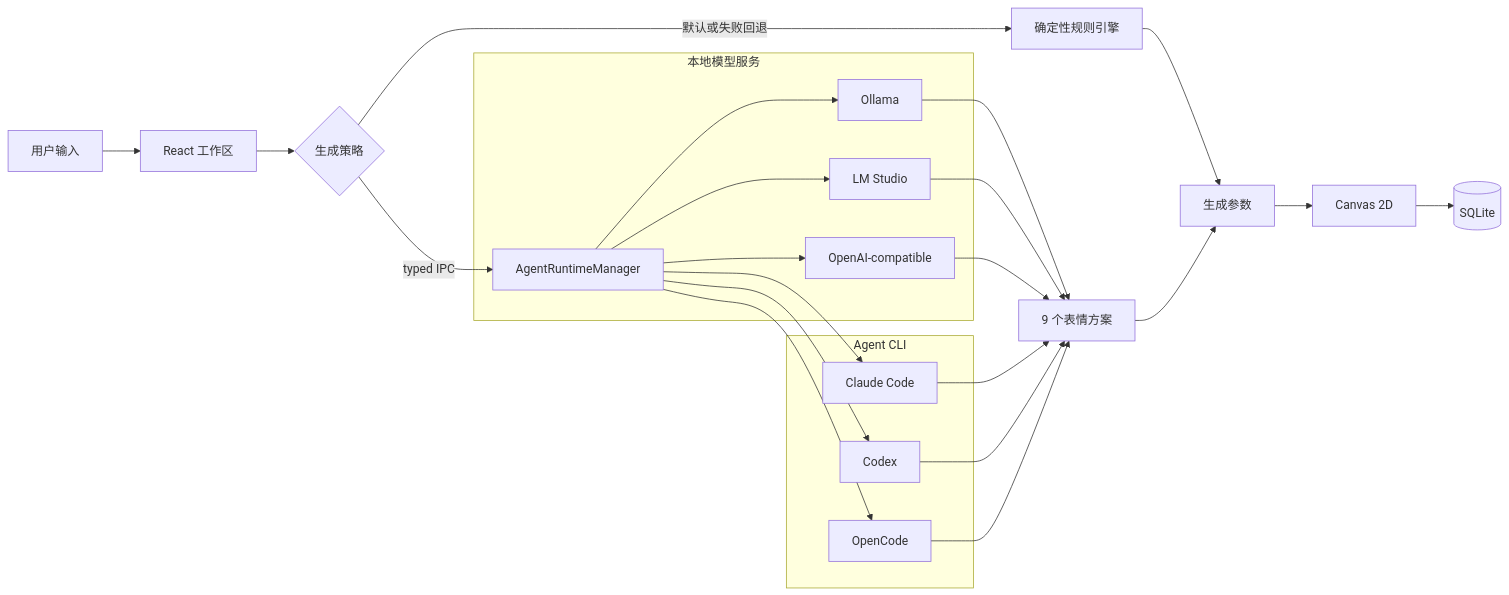
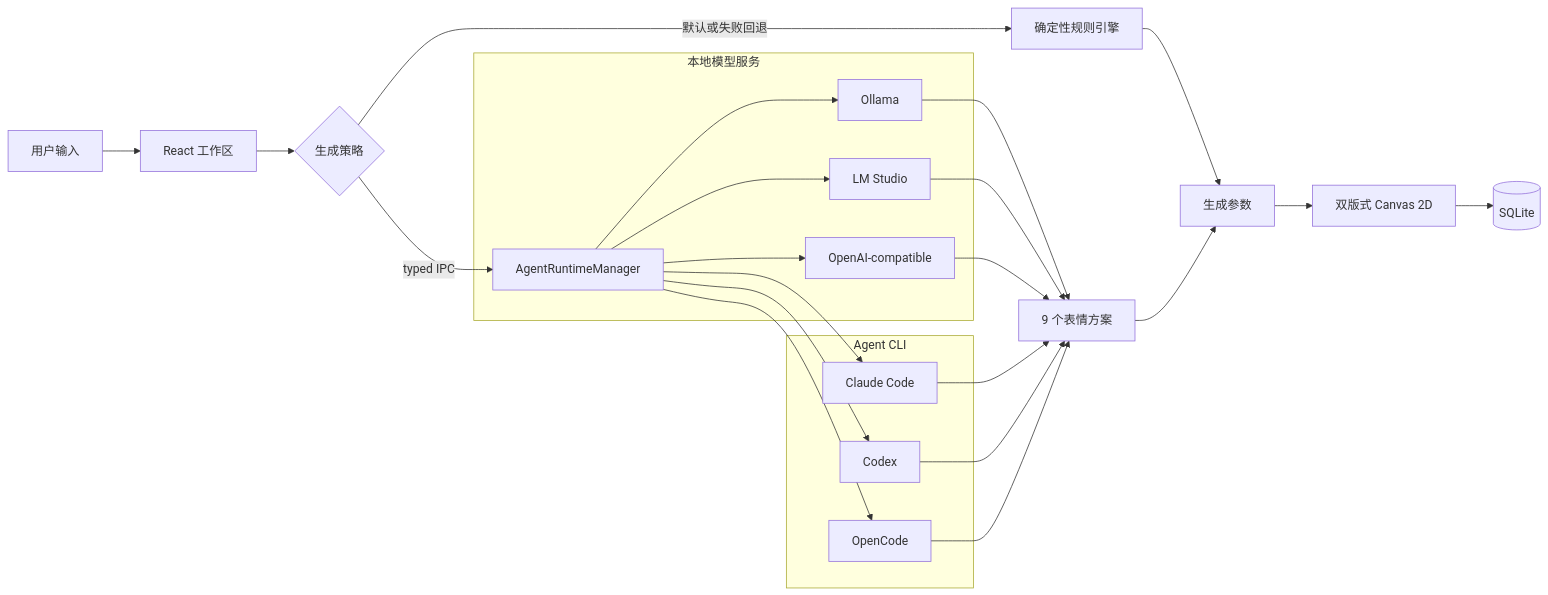
Before and after one commit to YangMingSJTU/emoji-pie: the diagram in docs/TECHNICAL_SOLUTION.md, drawn with Mermaid. The commit also changed other lines of this file and 16 other files, not shown here.

````diff
--- a/docs/TECHNICAL_SOLUTION.md
+++ b/docs/TECHNICAL_SOLUTION.md
@@ -16,30 +16,30 @@
 ```mermaid
 flowchart LR
     U["用户输入"] --> R["React 工作区"]
     R --> P{"生成策略"}
     P -->|"默认或失败回退"| F["确定性规则引擎"]
     P -->|"typed IPC"| M["AgentRuntimeManager"]
 
     subgraph LOCAL["本地模型服务"]
         M --> O["Ollama"]
         M --> L["LM Studio"]
         M --> A["OpenAI-compatible"]
     end
 
     subgraph CLI["Agent CLI"]
         M --> C["Claude Code"]
         M --> X["Codex"]
         M --> K["OpenCode"]
     end
 
     O --> V["9 个表情方案"]
     L --> V
     A --> V
     C --> V
     X --> V
     K --> V
     F --> G["生成参数"]
     V --> G
-    G --> D["Canvas 2D"]
+    G --> D["双版式 Canvas 2D"]
     D --> S[("SQLite")]
 ```
````
